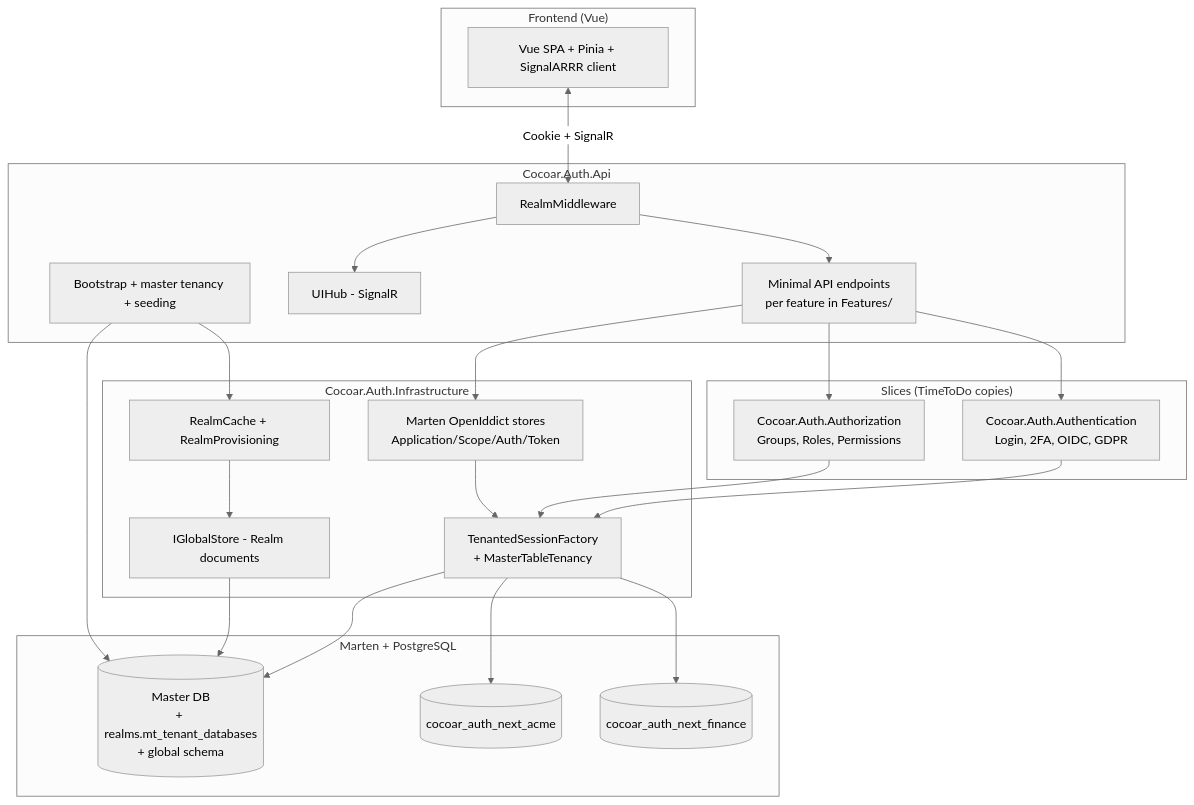
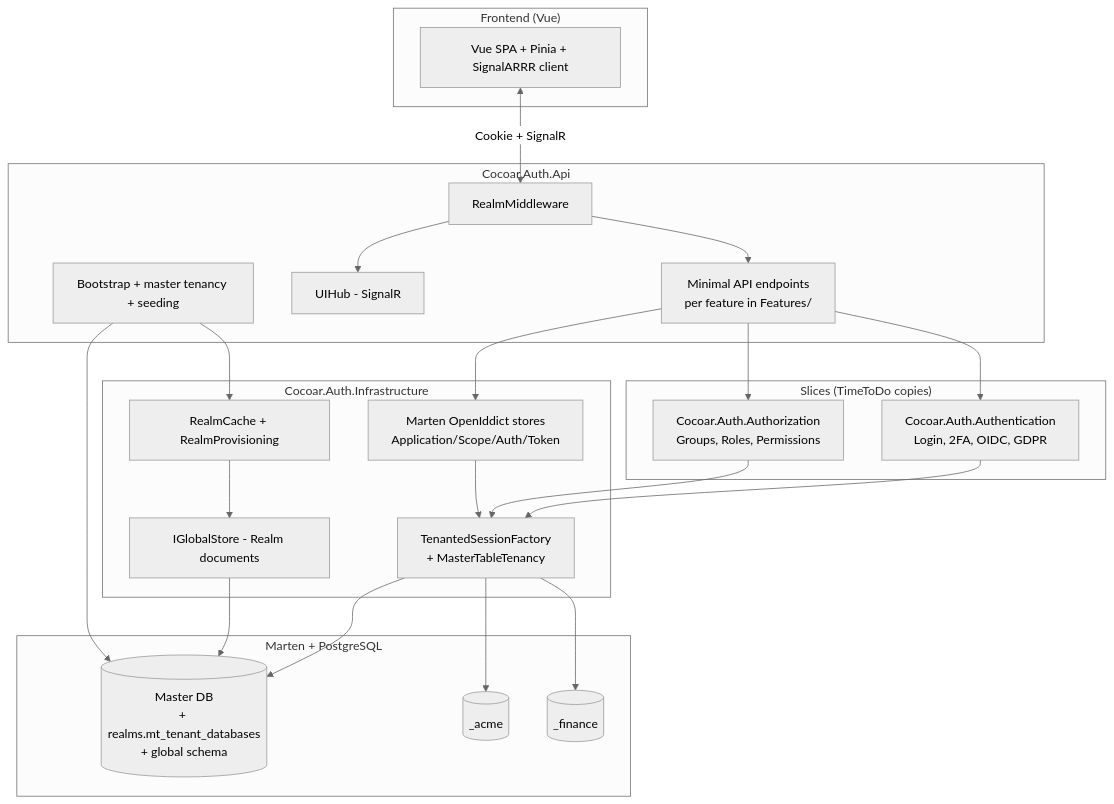
One commit to cocoar-dev/modgud changed the diagram in website/guide/architecture.md. Above: the diagram before and after it, drawn with Mermaid (neutral theme). The commit also changed 11 other files, not shown here.

````diff
--- a/website/guide/architecture.md
+++ b/website/guide/architecture.md
@@ -23,48 +23,48 @@
 ```mermaid
 graph TB
     subgraph FrontEnd ["Frontend (Vue)"]
         SPA["Vue SPA + Pinia + SignalARRR client"]
     end
 
     subgraph Api ["Cocoar.Auth.Api"]
         MW[RealmMiddleware]
         Endpoints[Minimal API endpoints<br/>per feature in Features/]
         Hub[UIHub - SignalR]
         Setup[Bootstrap + master tenancy + seeding]
     end
 
     subgraph Slices ["Slices (TimeToDo copies)"]
         Authn[Cocoar.Auth.Authentication<br/>Login, 2FA, OIDC, GDPR]
         Authz[Cocoar.Auth.Authorization<br/>Groups, Roles, Permissions]
     end
 
     subgraph Infra ["Cocoar.Auth.Infrastructure"]
         Tenancy[TenantedSessionFactory<br/>+ MasterTableTenancy]
         OpenIddictStores[Marten OpenIddict stores<br/>Application/Scope/Auth/Token]
         Realms[RealmCache + RealmProvisioning]
         IGlobalStore[IGlobalStore - Realm documents]
     end
 
     subgraph DataLayer ["Marten + PostgreSQL"]
         Master[(Master DB<br/>+ realms.mt_tenant_databases<br/>+ global schema)]
-        TenantA[(cocoar_auth_next_acme)]
-        TenantB[(cocoar_auth_next_finance)]
+        TenantA[(<master-db>_acme)]
+        TenantB[(<master-db>_finance)]
     end
 
     SPA <-->|Cookie + SignalR| MW
     MW --> Endpoints
     MW --> Hub
     Endpoints --> Authn
     Endpoints --> Authz
     Endpoints --> OpenIddictStores
     Authn --> Tenancy
     Authz --> Tenancy
     OpenIddictStores --> Tenancy
     Realms --> IGlobalStore
     Tenancy --> Master
     Tenancy --> TenantA
     Tenancy --> TenantB
     IGlobalStore --> Master
     Setup --> Master
     Setup --> Realms
 ```
````
